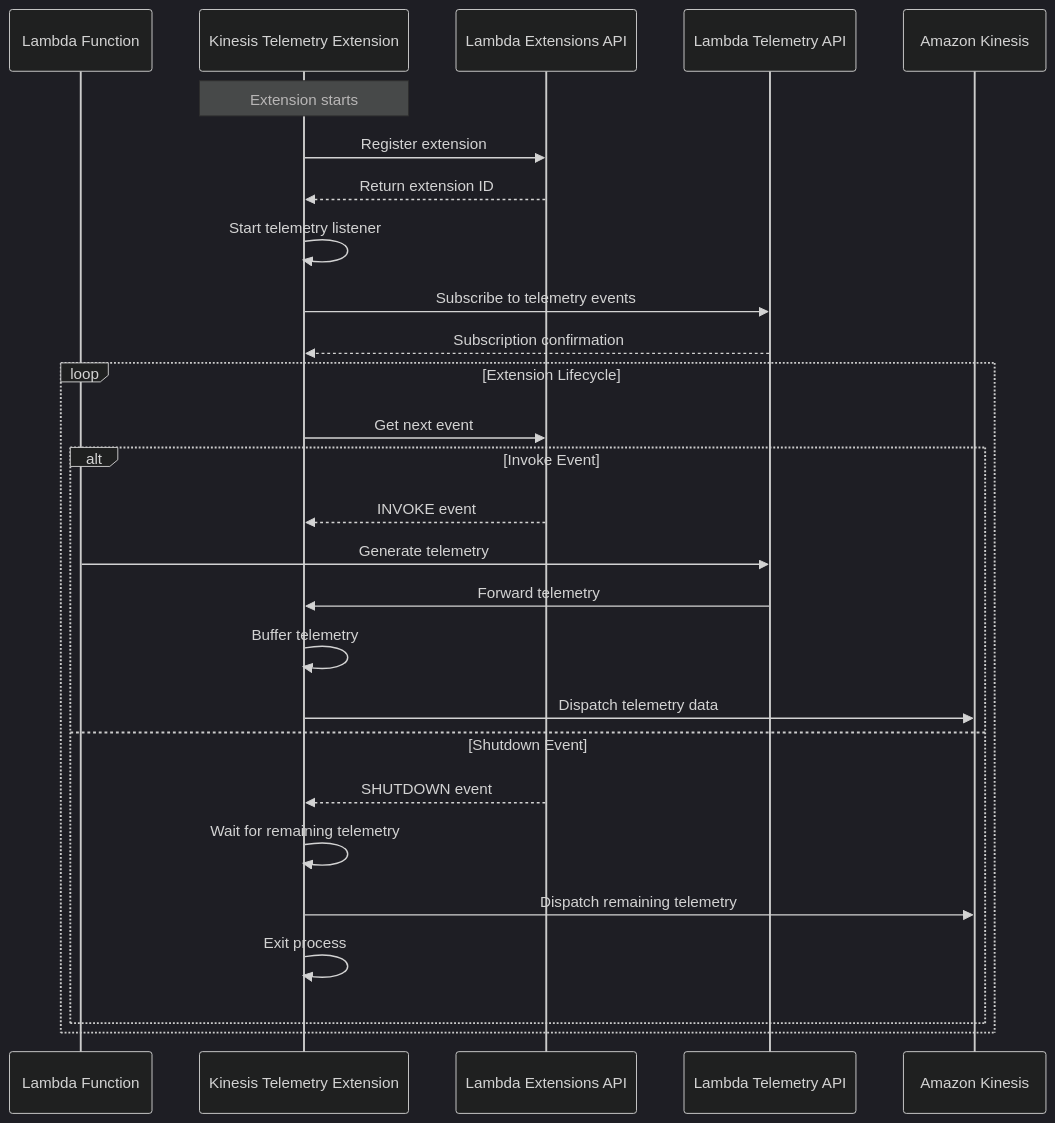
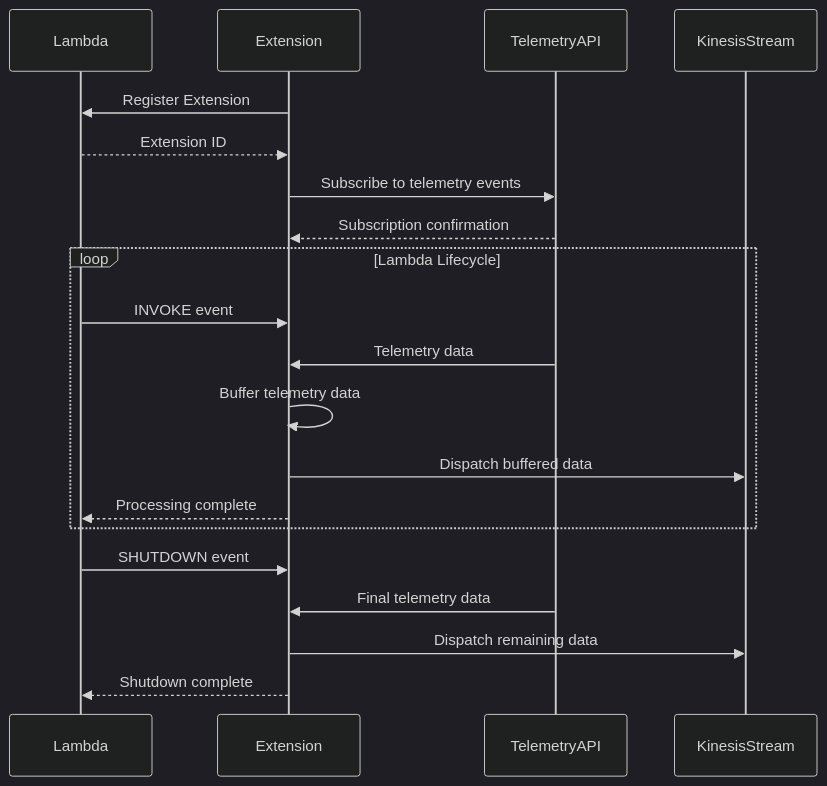
The first of 2 diagrams in ARCHITECTURE.md (XaaXaaX/aws-lambda-extensions), drawn with Mermaid (dark theme) before and after one commit. The commit also changed other lines of this file, not shown here.

First line of the commit message:
docs: streamline Lambda Extensions architecture documentation

````diff
--- a/ARCHITECTURE.md
+++ b/ARCHITECTURE.md
@@ -21,31 +16,25 @@
 ```mermaid
 sequenceDiagram
-    participant Lambda as Lambda Function
-    participant Extension as Kinesis Telemetry Extension
-    participant ExtAPI as Lambda Extensions API
-    participant TelAPI as Lambda Telemetry API
-    participant Kinesis as Amazon Kinesis
-
-    Note over Extension: Extension starts
-    Extension->>ExtAPI: Register extension
-    ExtAPI-->>Extension: Return extension ID
-    Extension->>Extension: Start telemetry listener
-    Extension->>TelAPI: Subscribe to telemetry events
-    TelAPI-->>Extension: Subscription confirmation
+    participant Lambda
+    participant Extension
+    participant TelemetryAPI
+    participant KinesisStream
     
-    loop Extension Lifecycle
-        Extension->>ExtAPI: Get next event
-        alt Invoke Event
-            ExtAPI-->>Extension: INVOKE event
-            Lambda->>TelAPI: Generate telemetry
-            TelAPI->>Extension: Forward telemetry
-            Extension->>Extension: Buffer telemetry
-            Extension->>Kinesis: Dispatch telemetry data
-        else Shutdown Event
-            ExtAPI-->>Extension: SHUTDOWN event
-            Extension->>Extension: Wait for remaining telemetry
-            Extension->>Kinesis: Dispatch remaining telemetry
-            Extension->>Extension: Exit process
-        end
+    Extension->>Lambda: Register Extension
+    Lambda-->>Extension: Extension ID
+    Extension->>TelemetryAPI: Subscribe to telemetry events
+    TelemetryAPI-->>Extension: Subscription confirmation
+    
+    loop Lambda Lifecycle
+        Lambda->>Extension: INVOKE event
+        TelemetryAPI->>Extension: Telemetry data
+        Extension->>Extension: Buffer telemetry data
+        Extension->>KinesisStream: Dispatch buffered data
+        Extension-->>Lambda: Processing complete
     end
+    
+    Lambda->>Extension: SHUTDOWN event
+    TelemetryAPI->>Extension: Final telemetry data
+    Extension->>KinesisStream: Dispatch remaining data
+    Extension-->>Lambda: Shutdown complete
 ```
````
